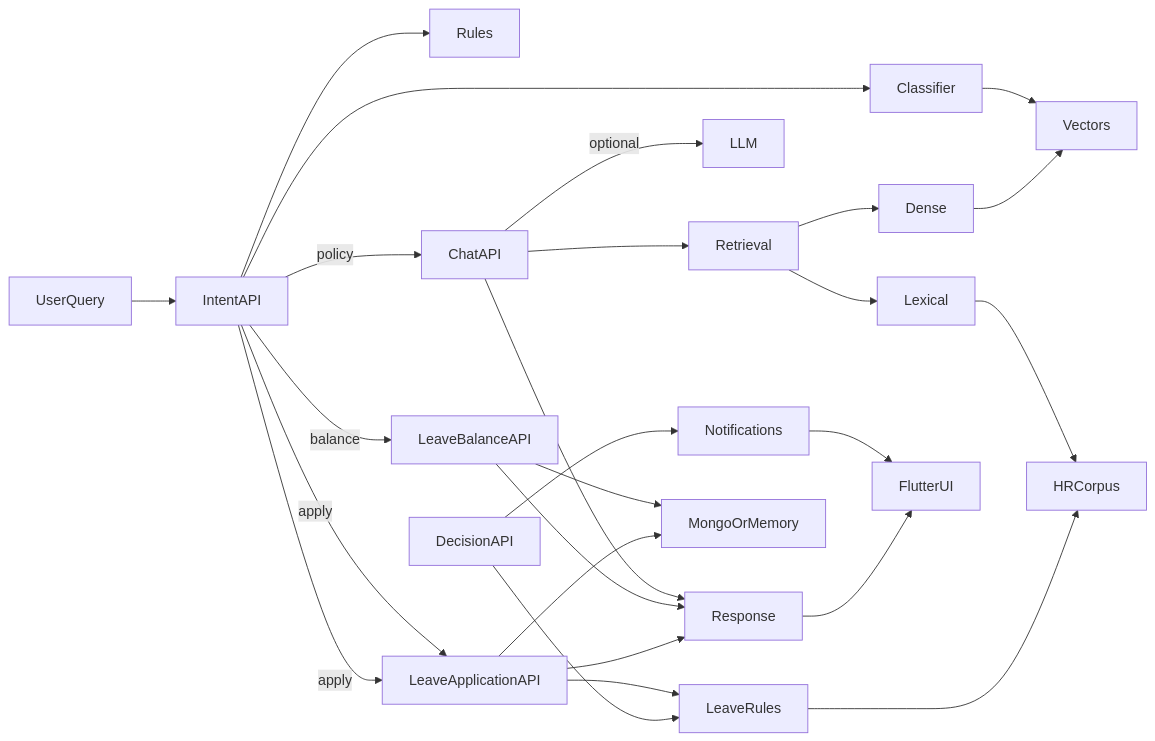
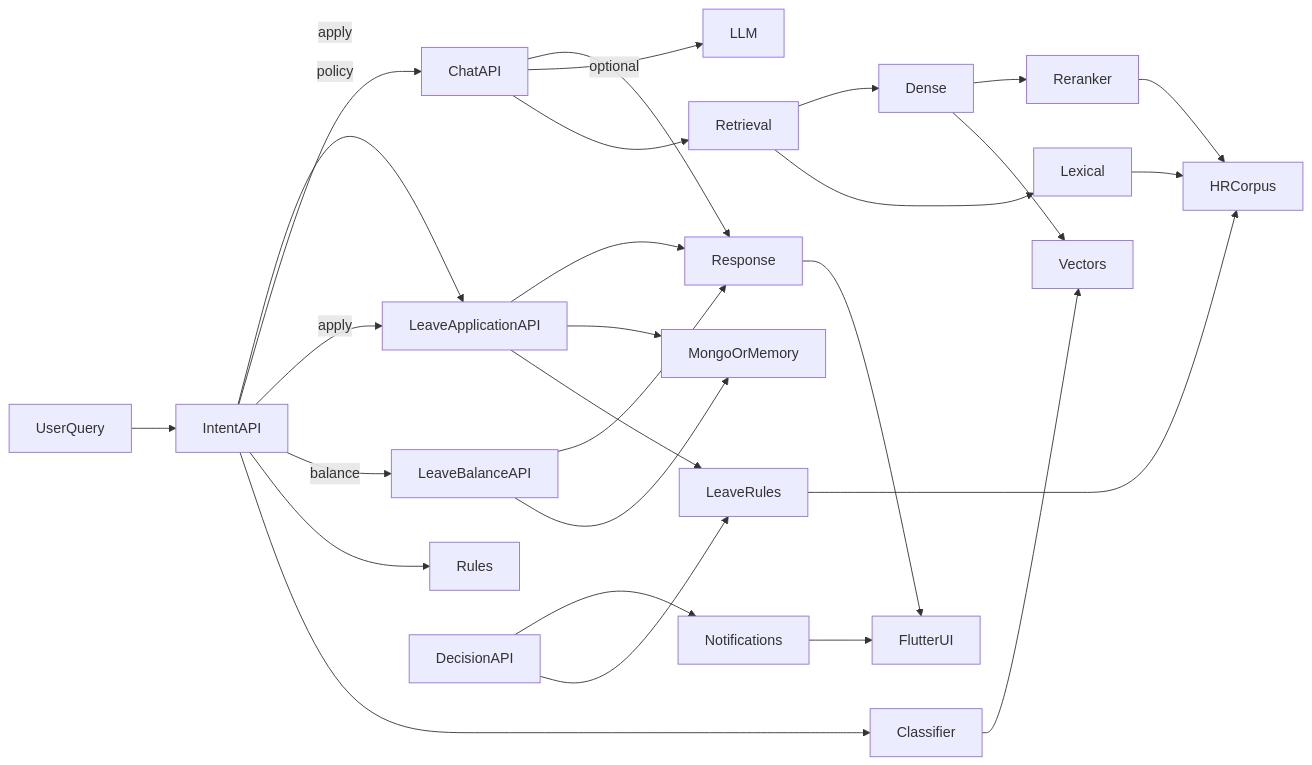
One commit to Adityansh-Chand/ADAAS changed the diagram in README.md. Above: the diagram before and after it, drawn with Mermaid. The commit also changed other lines of this file and 49 other files, not shown here.

````diff
--- a/README.md
+++ b/README.md
@@ -227,28 +358,30 @@
 ```mermaid
 flowchart LR
   UserQuery --> IntentAPI
   IntentAPI --> Classifier
   IntentAPI --> Rules
   Classifier --> Vectors
   IntentAPI -->|balance| LeaveBalanceAPI
   IntentAPI -->|apply| LeaveApplicationAPI
   IntentAPI -->|policy| ChatAPI
   ChatAPI --> Retrieval
   Retrieval --> Lexical
   Retrieval --> Dense
   Lexical --> HRCorpus
   Dense --> Vectors
+  Dense --> Reranker
+  Reranker --> HRCorpus
   ChatAPI -->|optional| LLM
   LeaveApplicationAPI --> LeaveRules
   LeaveRules --> HRCorpus
   DecisionAPI --> LeaveRules
   DecisionAPI --> Notifications
   Notifications --> FlutterUI
   IntentAPI -->|apply| LeaveApplicationAPI
   LeaveBalanceAPI --> MongoOrMemory
   LeaveApplicationAPI --> MongoOrMemory
   Response --> FlutterUI
   ChatAPI --> Response
   LeaveBalanceAPI --> Response
   LeaveApplicationAPI --> Response
 ```
````
